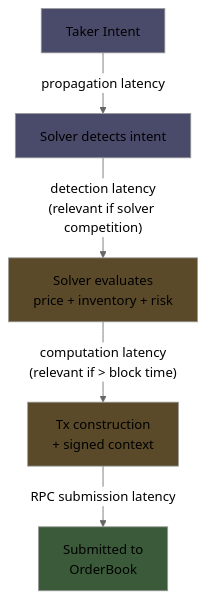
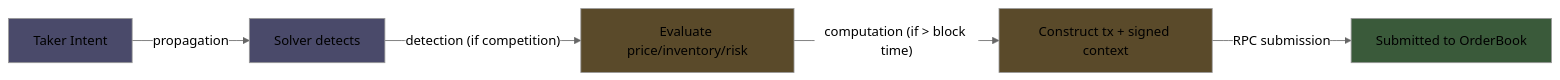
Before and after one commit to ST0x-Technology/st0x.liquidity: the fifth of 9 diagrams in TRUTH.md, drawn with Mermaid (neutral theme). The commit also changed other lines of this file, not shown here.

Commit message:
compact diagram layouts: LR pipelines, remove redundant diagrams, split architecture

````diff
--- a/TRUTH.md
+++ b/TRUTH.md
@@ -166,13 +164,13 @@
 ```mermaid
-graph TD
-    TI[Taker Intent] -->|propagation latency| ID["Solver detects intent"]
-    ID -->|"detection latency<br/>(relevant if solver competition)"| SD["Solver evaluates<br/>price + inventory + risk"]
-    SD -->|"computation latency<br/>(relevant if > block time)"| TC["Tx construction<br/>+ signed context"]
-    TC -->|RPC submission latency| SUB["Submitted to<br/>OrderBook"]
+graph LR
+    TI[Taker Intent] -->|propagation| ID[Solver detects]
+    ID -->|"detection (if competition)"| SD[Evaluate price/inventory/risk]
+    SD -->|"computation (if > block time)"| TC[Construct tx + signed context]
+    TC -->|RPC submission| SUB[Submitted to OrderBook]
 
     style TI fill:#4a4a6a
     style ID fill:#4a4a6a
     style SD fill:#5a4a2a
     style TC fill:#5a4a2a
     style SUB fill:#3a5a3a
 ```
````
